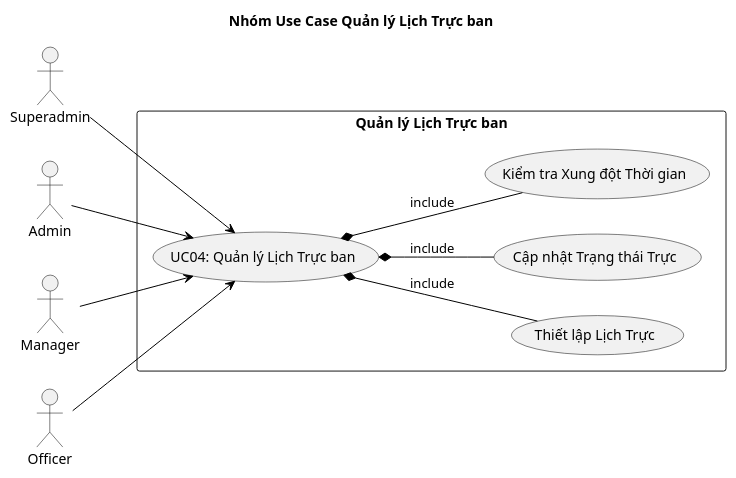
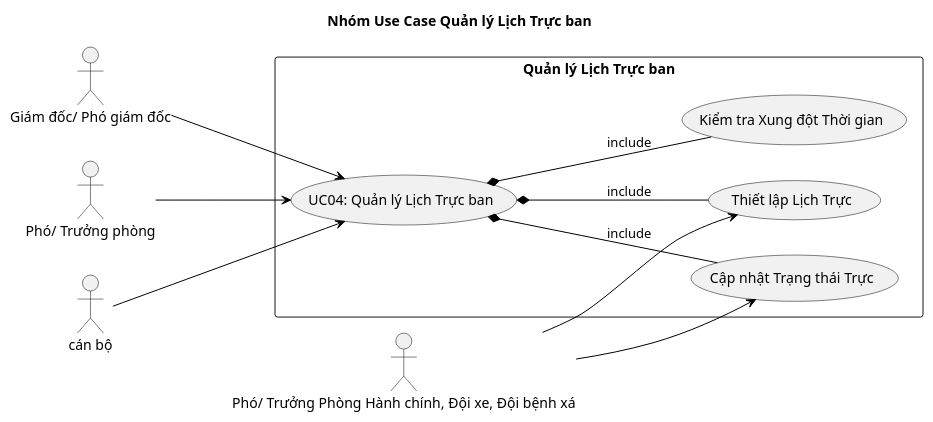
The fifth of 8 diagrams in report/usecase.puml (BQBao-Hedspi4K67/webxeplich), drawn with PlantUML before and after one commit. The commit also changed other lines of this file and 10 other files, not shown here.

```diff
--- a/report/usecase.puml
+++ b/report/usecase.puml
@@ -187,33 +198,38 @@
 @startuml usecase_dutyschedule
 title Nhóm Use Case Quản lý Lịch Trực ban
 
 skinparam backgroundColor white
 skinparam usecaseBorderColor black
 skinparam actorBorderColor black
 skinparam ArrowColor black
 skinparam defaultTextAlignment center
 skinparam fontSize 11
 
 left to right direction
 
-actor "Superadmin" as superadmin
-actor "Admin" as admin
-actor "Manager" as manager
-actor "Officer" as officer
+
+actor "Giám đốc/ Phó giám đốc" as admin
+actor "Phó/ Trưởng phòng" as manager
+actor "cán bộ" as officer
+actor "Phó/ Trưởng Phòng Hành chính, Đội xe, Đội bệnh xá" as dutyMgr
 
 rectangle "Quản lý Lịch Trực ban" {
     usecase "UC04: Quản lý Lịch Trực ban" as UC04
     usecase "Thiết lập Lịch Trực" as UC04_setup
     usecase "Cập nhật Trạng thái Trực" as UC04_status
     usecase "Kiểm tra Xung đột Thời gian" as UC04_conflict
 }
 
-superadmin --> UC04
+
+
 admin --> UC04
 manager --> UC04
 officer --> UC04
+
+dutyMgr --> UC04_setup
+dutyMgr --> UC04_status
 
 UC04 *-- UC04_setup : include
 UC04 *-- UC04_status : include
 UC04 *-- UC04_conflict : include
 @enduml
```
